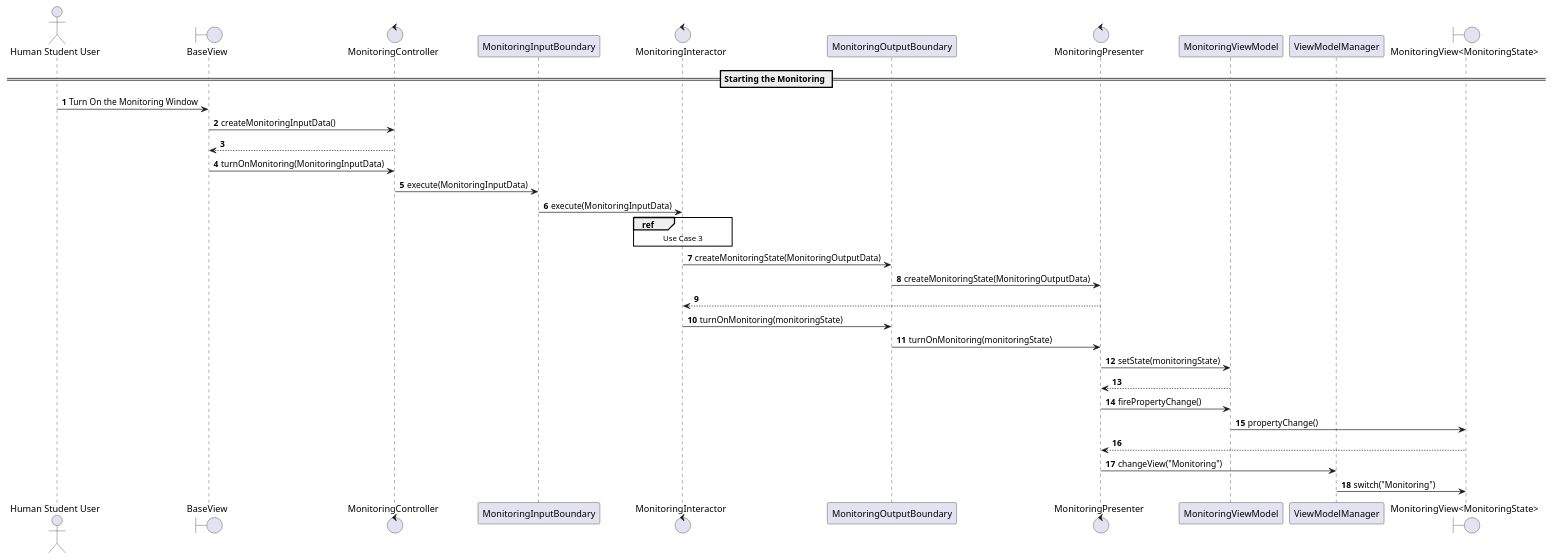
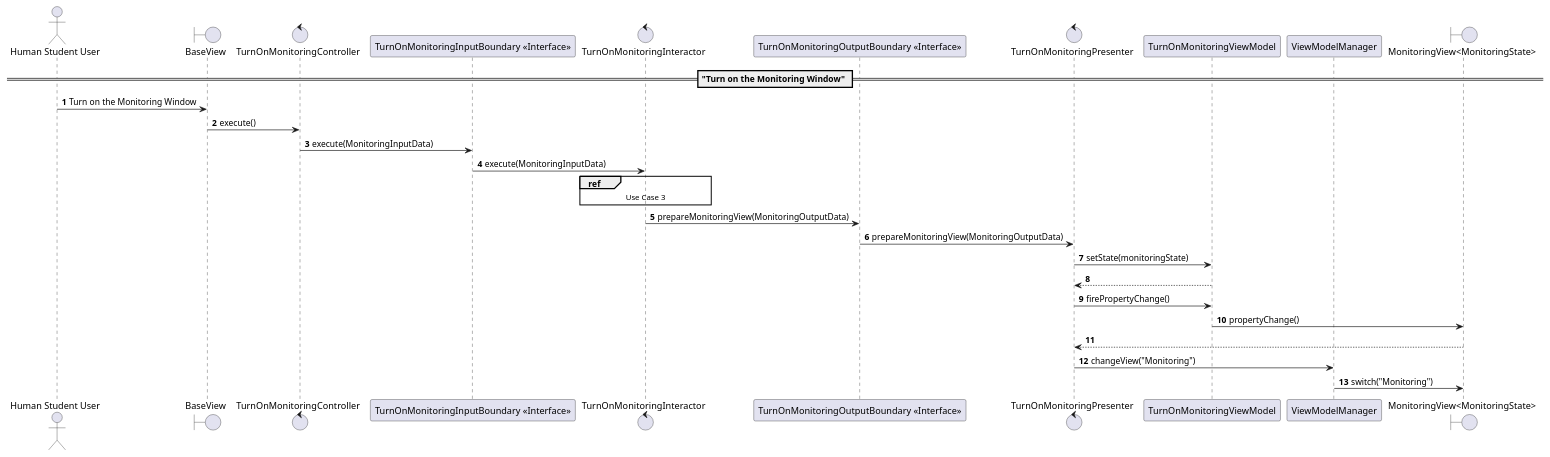
The diagram in DraftStory4/UseCase4A.puml (CSC207-2025F-UofT/team-project), drawn with PlantUML before and after one commit.

Commit message:
update use case 4a sequence diagram completed

```diff
--- a/DraftStory4/UseCase4A.puml
+++ b/DraftStory4/UseCase4A.puml
@@ -1,40 +1,35 @@
 @startuml
 'https://plantuml.com/sequence-diagram
 
 autonumber
 
-== Starting the Monitoring ==
+== "Turn on the Monitoring Window" ==
 actor "Human Student User" as humanStudentUser
 boundary "BaseView" as baseView
-control "MonitoringController" as monitoringController
-participant "MonitoringInputBoundary" as monitoringInputBoundary
-control "MonitoringInteractor" as monitoringInteractor
-participant "MonitoringOutputBoundary" as monitoringOutputBoundary
-control "MonitoringPresenter" as monitoringPresenter
-participant "MonitoringViewModel" as monitoringViewModel
+control "TurnOnMonitoringController" as turnOnMonitoringController
+participant "TurnOnMonitoringInputBoundary <<Interface>>" as turnOnMonitoringInputBoundary
+control "TurnOnMonitoringInteractor" as turnOnMonitoringInteractor
+participant "TurnOnMonitoringOutputBoundary <<Interface>>" as turnOnMonitoringOutputBoundary
+control "TurnOnMonitoringPresenter" as turnOnMonitoringPresenter
+participant "TurnOnMonitoringViewModel" as turnOnMonitoringViewModel
 participant "ViewModelManager" as viewModelManager
 boundary "MonitoringView<MonitoringState>" as monitoringView
 
-humanStudentUser -> baseView: Turn On the Monitoring Window
-baseView -> monitoringController: createMonitoringInputData()
-baseView <-- monitoringController
-baseView -> monitoringController: turnOnMonitoring(MonitoringInputData)
-monitoringController -> monitoringInputBoundary: execute(MonitoringInputData)
-monitoringInputBoundary -> monitoringInteractor: execute(MonitoringInputData)
+humanStudentUser -> baseView: Turn on the Monitoring Window
+baseView -> turnOnMonitoringController: execute()
+turnOnMonitoringController -> turnOnMonitoringInputBoundary: execute(MonitoringInputData)
+turnOnMonitoringInputBoundary -> turnOnMonitoringInteractor: execute(MonitoringInputData)
 
-ref over monitoringInteractor: Use Case 3
+ref over turnOnMonitoringInteractor: Use Case 3
 
-monitoringInteractor -> monitoringOutputBoundary: createMonitoringState(MonitoringOutputData)
-monitoringOutputBoundary -> monitoringPresenter: createMonitoringState(MonitoringOutputData)
-monitoringInteractor <-- monitoringPresenter
-monitoringInteractor -> monitoringOutputBoundary: turnOnMonitoring(monitoringState)
-monitoringOutputBoundary -> monitoringPresenter: turnOnMonitoring(monitoringState)
-monitoringPresenter -> monitoringViewModel: setState(monitoringState)
-monitoringPresenter <-- monitoringViewModel
-monitoringPresenter -> monitoringViewModel: firePropertyChange()
-monitoringViewModel -> monitoringView: propertyChange()
-monitoringPresenter <-- monitoringView
-monitoringPresenter -> viewModelManager: changeView("Monitoring")
+turnOnMonitoringInteractor -> turnOnMonitoringOutputBoundary: prepareMonitoringView(MonitoringOutputData)
+turnOnMonitoringOutputBoundary -> turnOnMonitoringPresenter: prepareMonitoringView(MonitoringOutputData)
+turnOnMonitoringPresenter -> turnOnMonitoringViewModel: setState(monitoringState)
+turnOnMonitoringPresenter <-- turnOnMonitoringViewModel
+turnOnMonitoringPresenter -> turnOnMonitoringViewModel: firePropertyChange()
+turnOnMonitoringViewModel -> monitoringView: propertyChange()
+turnOnMonitoringPresenter <-- monitoringView
+turnOnMonitoringPresenter -> viewModelManager: changeView("Monitoring")
 viewModelManager -> monitoringView: switch("Monitoring")
 
 @enduml
```
